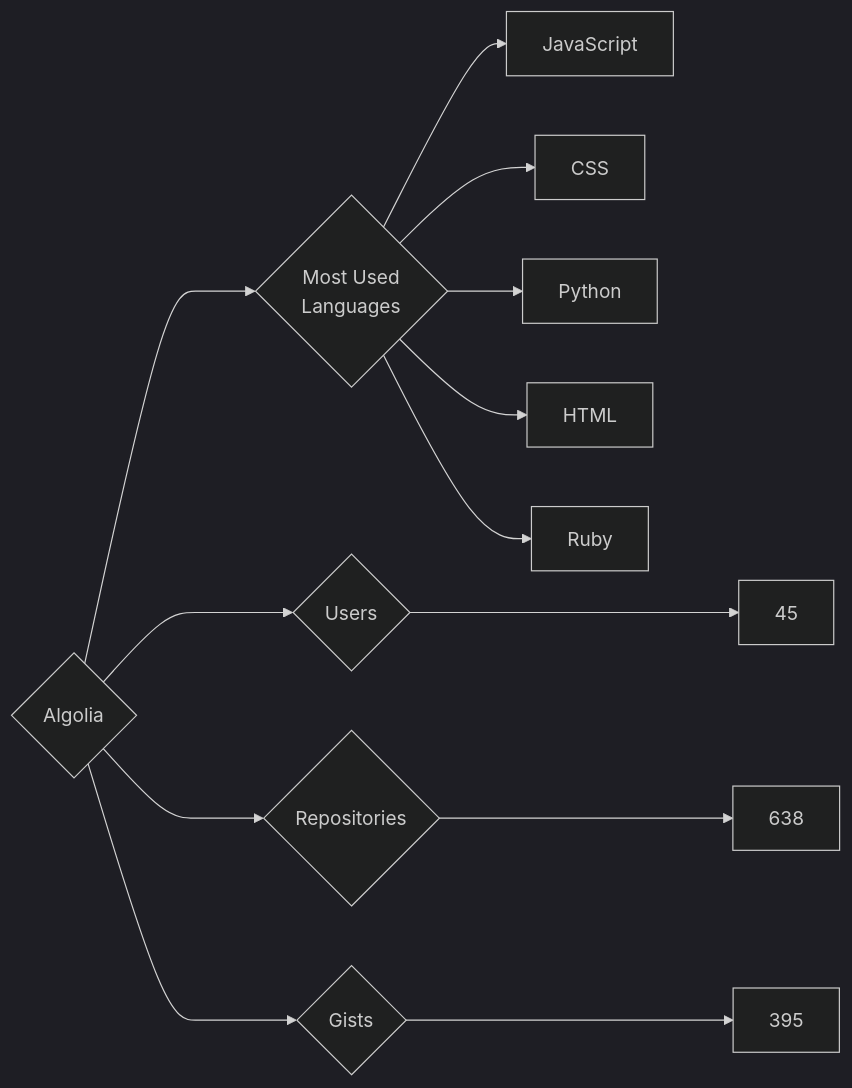
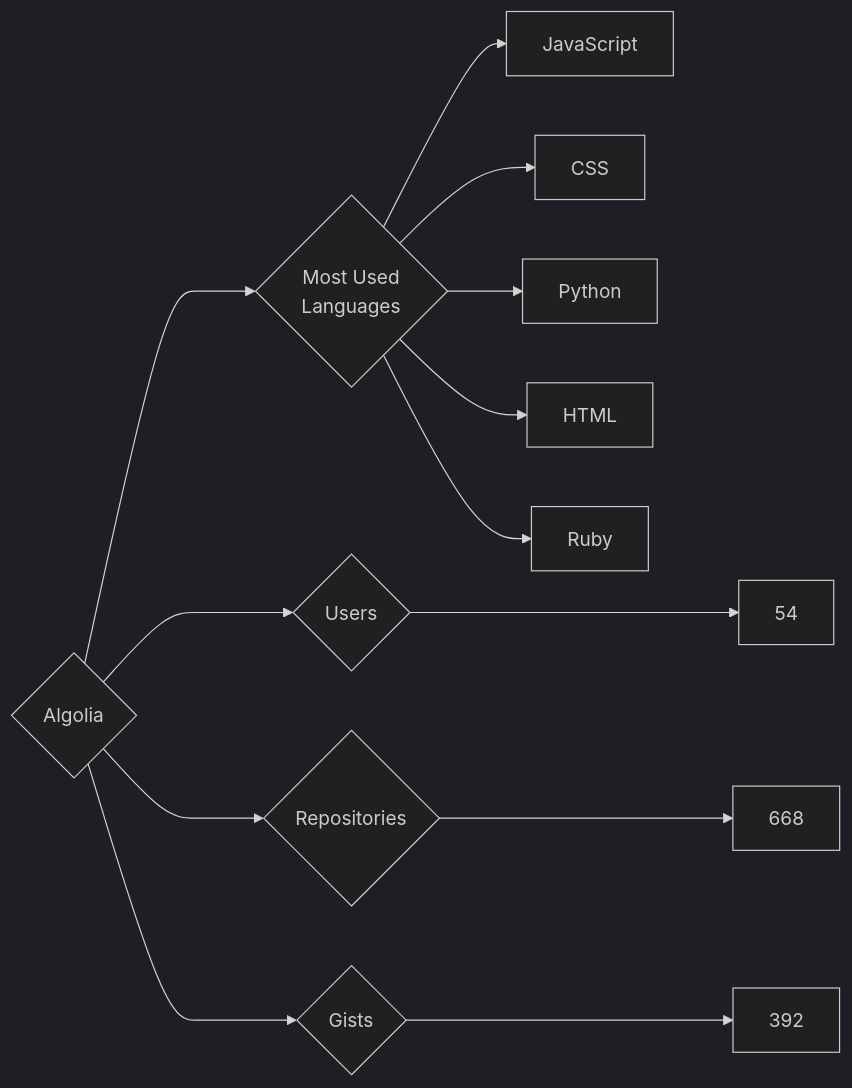
One commit to trickest/insiders changed the diagram in targets/Algolia/README.md. Above: the diagram before and after it, drawn with Mermaid (dark theme). The commit also changed 932 other files, not shown here.

````diff
--- a/targets/Algolia/README.md
+++ b/targets/Algolia/README.md
@@ -3,13 +3,13 @@
 ```mermaid
 graph LR
 COMPANY_NAME{Algolia}
-COMPANY_NAME ---> U{Users} ---> UN[45]
-COMPANY_NAME ---> R{Repositories} ---> RN[638]
-COMPANY_NAME ---> G{Gists} ---> GN[395]
+COMPANY_NAME ---> U{Users} ---> UN[54]
+COMPANY_NAME ---> R{Repositories} ---> RN[668]
+COMPANY_NAME ---> G{Gists} ---> GN[392]
 COMPANY_NAME ---> ML{Most Used<br>Languages}
 ML --> JavaScript[JavaScript]
 ML --> CSS[CSS]
 ML --> Python[Python]
 ML --> HTML[HTML]
 ML --> Ruby[Ruby]
 ```
````
